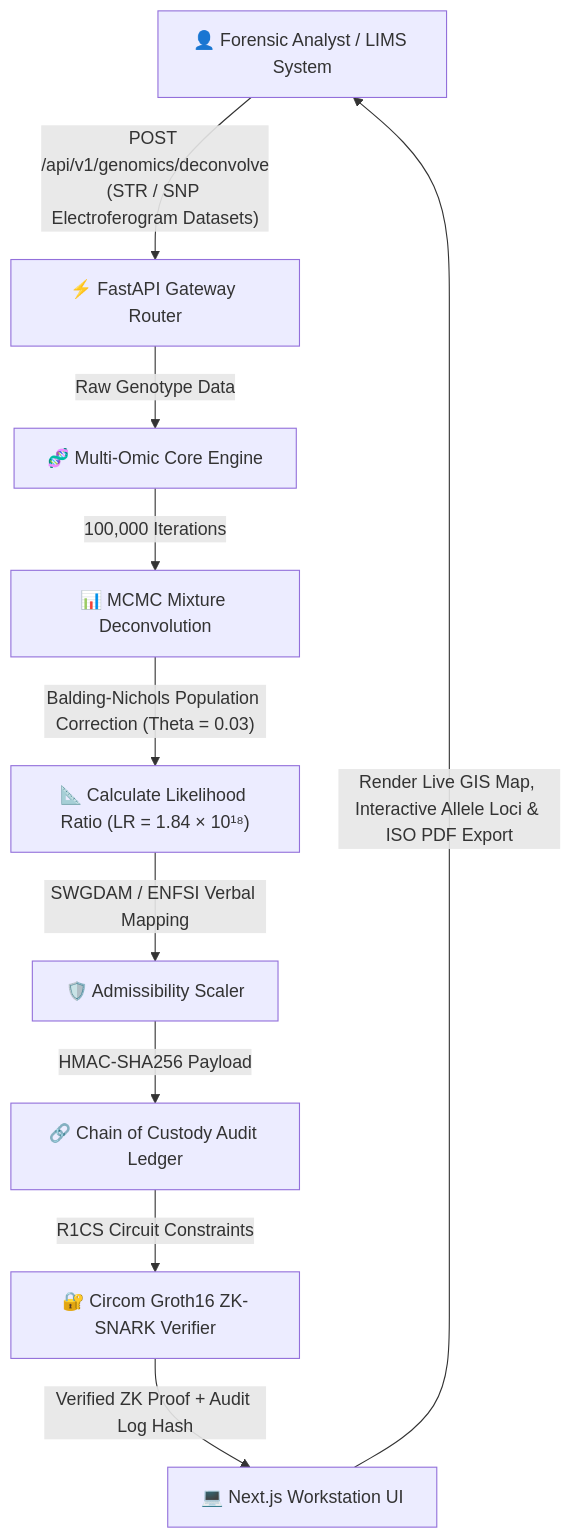
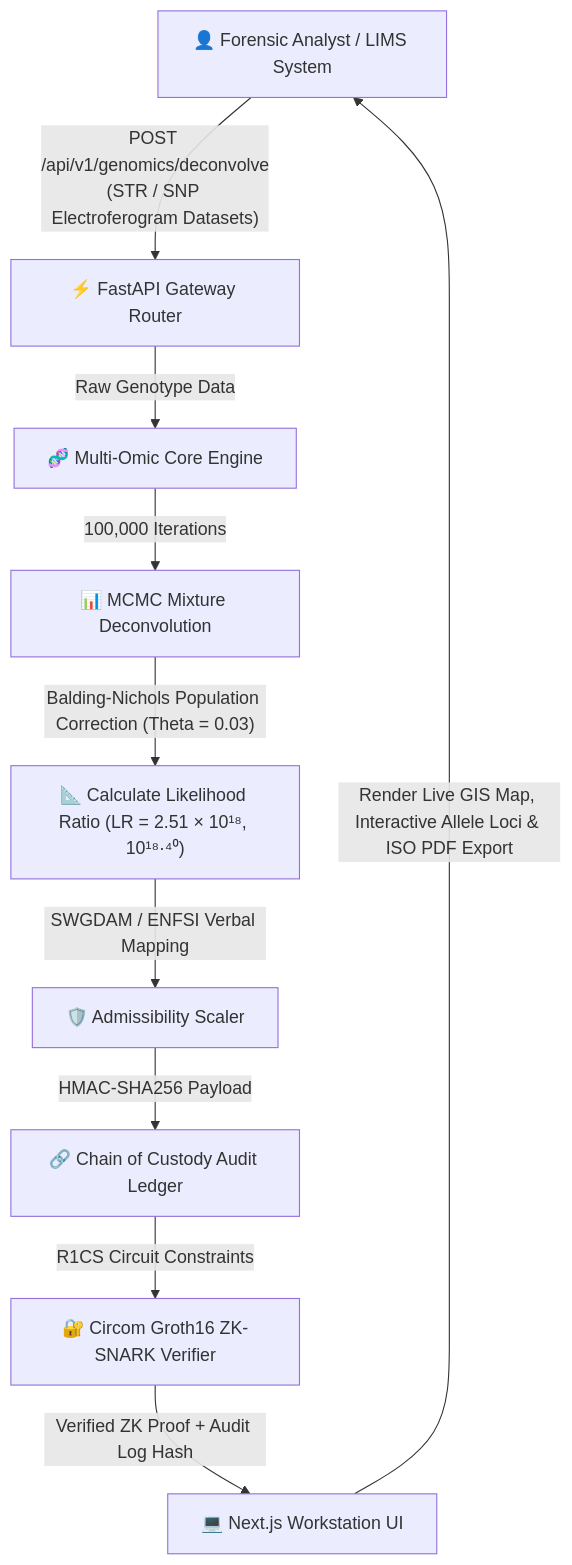
One commit to yusufcalisir/FORENZA changed the diagram in README.md. Above: the diagram before and after it, drawn with Mermaid. The commit also changed other lines of this file and 19 other files, not shown here.

````diff
--- a/README.md
+++ b/README.md
@@ -99,12 +99,12 @@
 ```mermaid
 flowchart TD
     A["👤 Forensic Analyst / LIMS System"] -->|"POST /api/v1/genomics/deconvolve<br/>(STR / SNP Electroferogram Datasets)"| B["⚡ FastAPI Gateway Router"]
     B -->|"Raw Genotype Data"| C["🧬 Multi-Omic Core Engine"]
     C -->|"100,000 Iterations"| D["📊 MCMC Mixture Deconvolution"]
-    D -->|"Balding-Nichols Population Correction (Theta = 0.03)"| E["📐 Calculate Likelihood Ratio (LR = 1.84 × 10¹⁸)"]
+    D -->|"Balding-Nichols Population Correction (Theta = 0.03)"| E["📐 Calculate Likelihood Ratio (LR = 2.51 × 10¹⁸, 10¹⁸·⁴⁰)"]
     E -->|"SWGDAM / ENFSI Verbal Mapping"| F["🛡️ Admissibility Scaler"]
     F -->|"HMAC-SHA256 Payload"| G["🔗 Chain of Custody Audit Ledger"]
     G -->|"R1CS Circuit Constraints"| H["🔐 Circom Groth16 ZK-SNARK Verifier"]
     H -->|"Verified ZK Proof + Audit Log Hash"| I["💻 Next.js Workstation UI"]
     I -->|"Render Live GIS Map, Interactive Allele Loci & ISO PDF Export"| A
 ```
````
